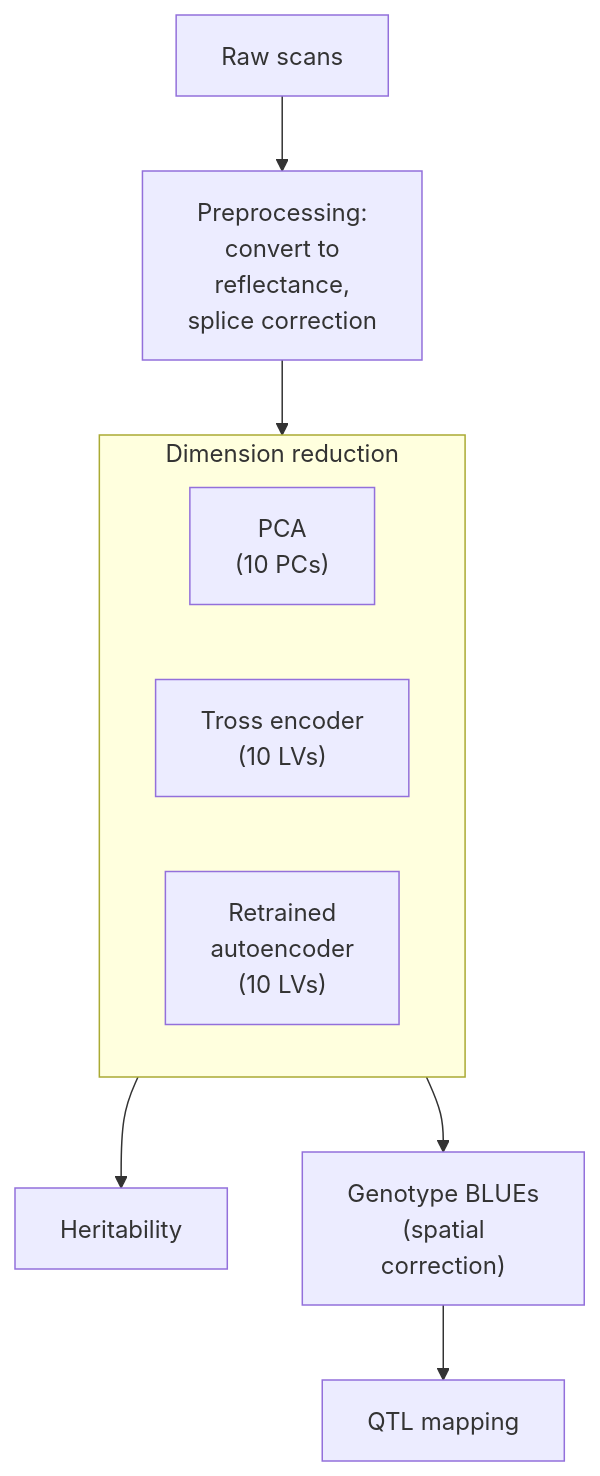
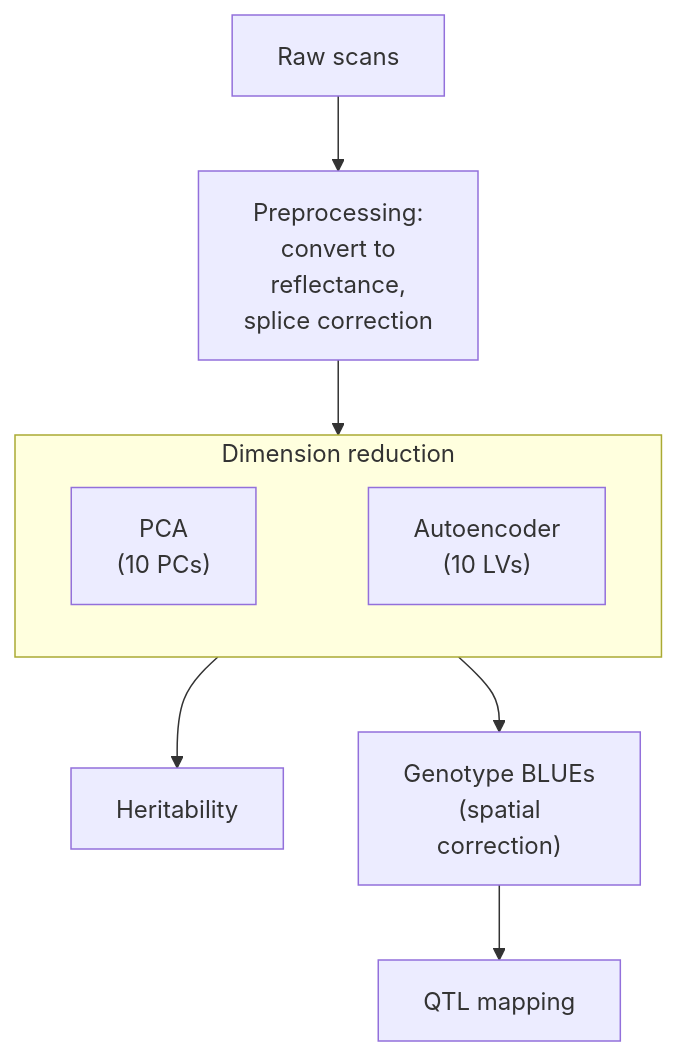
The diagram in README.md (HannahPil/HypeSpec), drawn with Mermaid before and after one commit.

Commit message:
README flowchart: drop Tross encoder, PCA and autoencoder side by side

````diff
--- a/README.md
+++ b/README.md
@@ -11,16 +11,14 @@
 ```mermaid
 flowchart TD
     A["Raw scans"] --> B["Preprocessing:<br/>convert to<br/>reflectance,<br/>splice correction"]
     B --> DR
 
     subgraph DR["Dimension reduction"]
         direction LR
-        P["PCA<br/>(10 PCs)"]
-        T["Tross encoder<br/>(10 LVs)"]
-        R["Retrained<br/>autoencoder<br/>(10 LVs)"]
+        P["PCA<br/>(10 PCs)"] ~~~ R["Autoencoder<br/>(10 LVs)"]
     end
 
     DR --> H["Heritability"]
     DR --> BL["Genotype BLUEs<br/>(spatial<br/>correction)"]
     BL --> Q["QTL mapping"]
 ```
````
